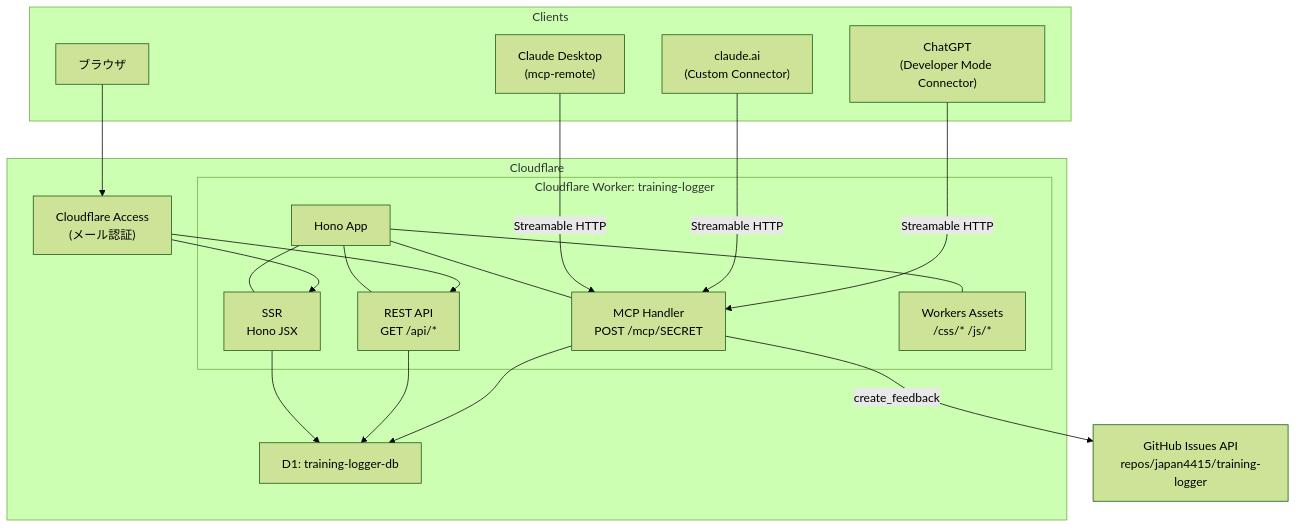
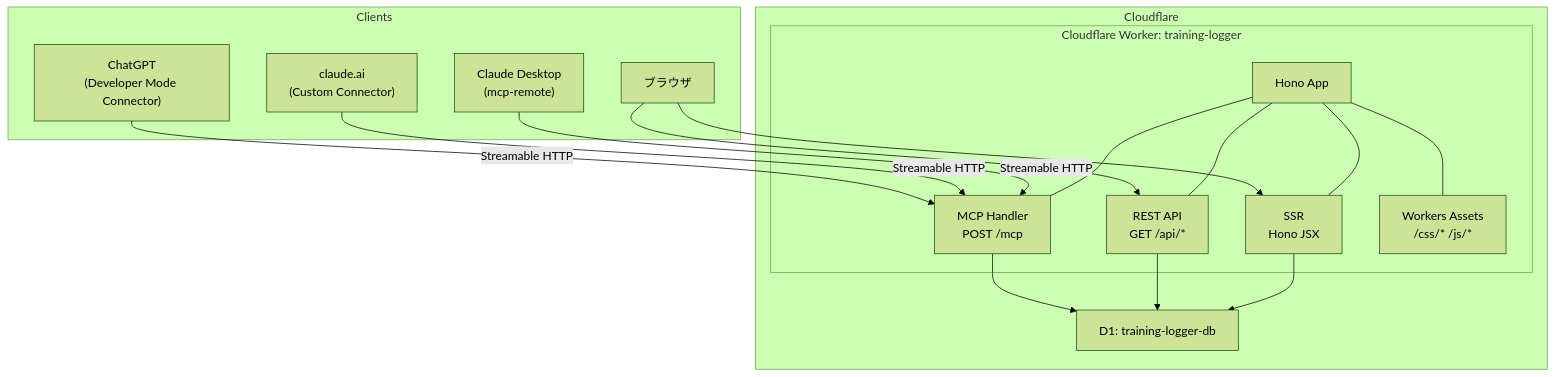
Before and after one commit to japan4415/training-logger: the first of 3 diagrams in docs/architecture.md, drawn with Mermaid (forest theme). The commit also changed other lines of this file and 4 other files, not shown here.

First line of the commit message:
docs: MCP認証・Cloudflare Access・feedbackツールを設計から削除

````diff
--- a/docs/architecture.md
+++ b/docs/architecture.md
@@ -40,44 +39,37 @@
 ```mermaid
 graph TB
     subgraph Clients
         ChatGPT["ChatGPT<br/>(Developer Mode Connector)"]
         ClaudeAI["claude.ai<br/>(Custom Connector)"]
         ClaudeDesktop["Claude Desktop<br/>(mcp-remote)"]
         Browser["ブラウザ"]
     end
 
     subgraph Cloudflare
-        Access["Cloudflare Access<br/>(メール認証)"]
-
         subgraph Worker["Cloudflare Worker: training-logger"]
             HonoApp["Hono App"]
-            MCP["MCP Handler<br/>POST /mcp/SECRET"]
+            MCP["MCP Handler<br/>POST /mcp"]
             REST["REST API<br/>GET /api/*"]
             SSR["SSR<br/>Hono JSX"]
             Assets["Workers Assets<br/>/css/* /js/*"]
         end
 
         D1["D1: training-logger-db"]
     end
 
-    GitHub["GitHub Issues API<br/>repos/japan4415/training-logger"]
-
     ChatGPT -->|"Streamable HTTP"| MCP
     ClaudeAI -->|"Streamable HTTP"| MCP
     ClaudeDesktop -->|"Streamable HTTP"| MCP
 
-    Browser --> Access
-    Access --> SSR
-    Access --> REST
+    Browser --> SSR
+    Browser --> REST
 
     HonoApp --- MCP
     HonoApp --- REST
     HonoApp --- SSR
     HonoApp --- Assets
 
     MCP --> D1
     REST --> D1
     SSR --> D1
-
-    MCP -->|"create_feedback"| GitHub
 ```
````
